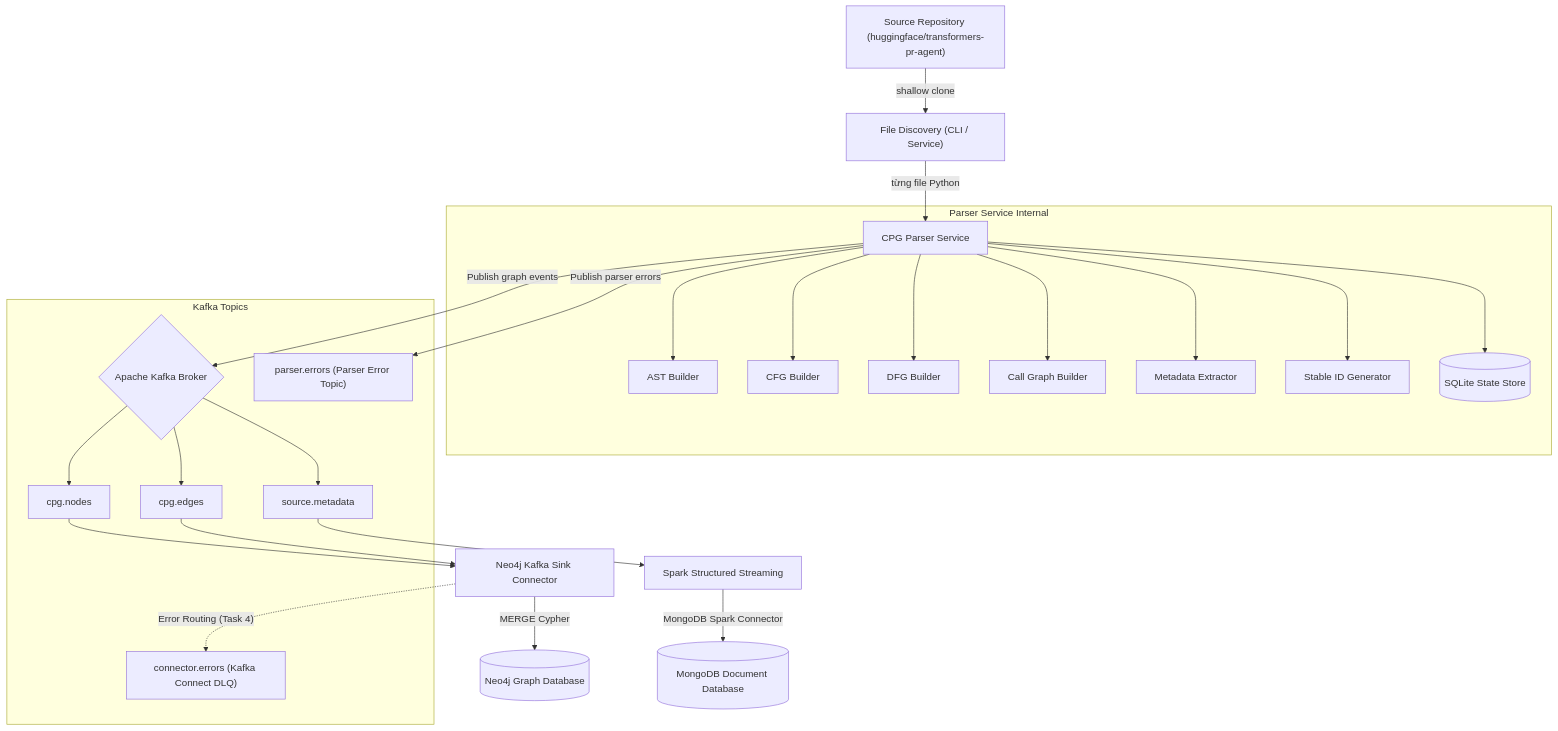
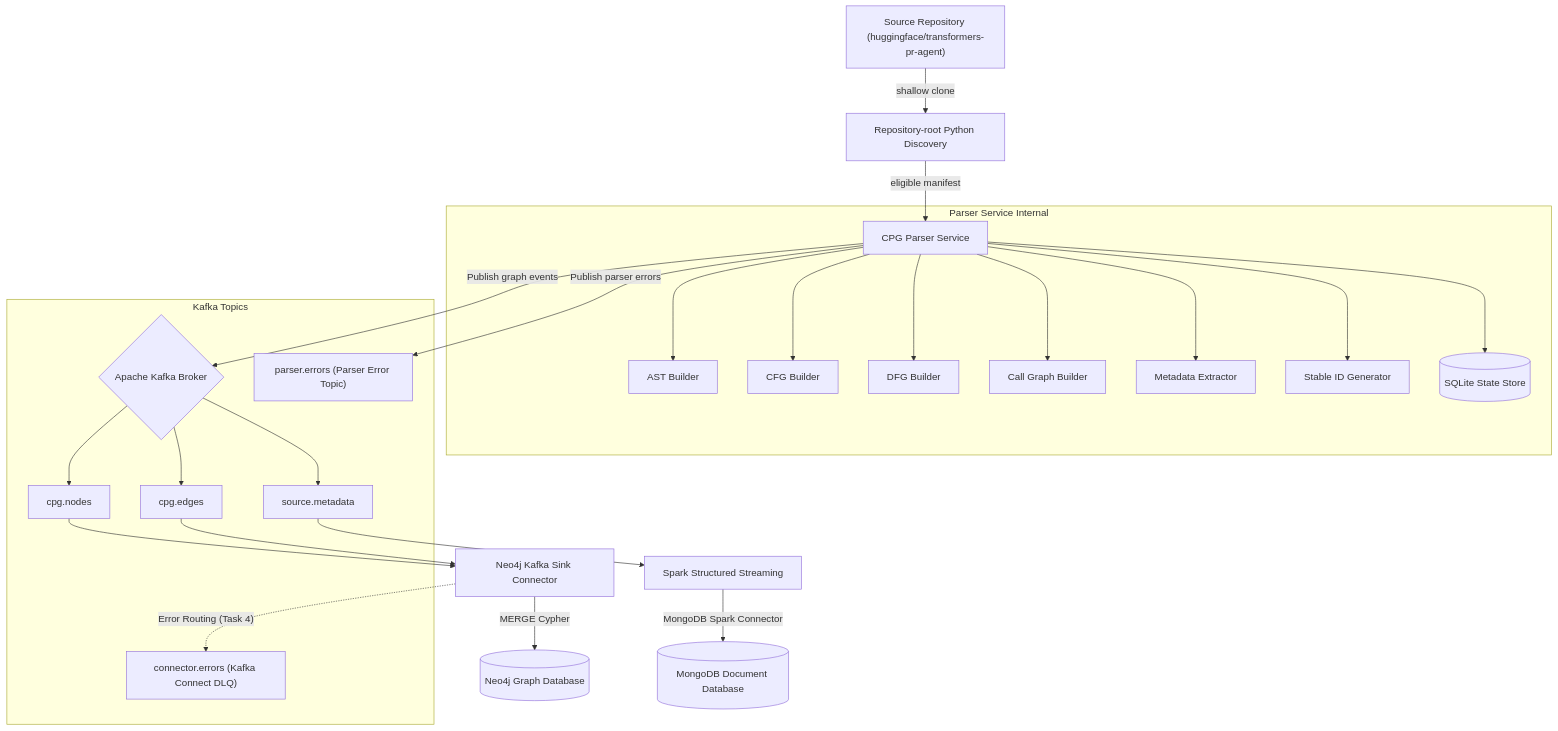
One commit to Hutaph/lab04-cpg-streaming changed the first of 2 diagrams in docs/system_architecture.md. Above: the diagram before and after it, drawn with Mermaid. The commit also changed other lines of this file and 11 other files, not shown here.

````diff
--- a/docs/system_architecture.md
+++ b/docs/system_architecture.md
@@ -43,34 +43,34 @@
 ```mermaid
 graph TD
-    SourceRepo["Source Repository (huggingface/transformers-pr-agent)"] -->|"shallow clone"| FileDiscovery["File Discovery (CLI / Service)"]
-    FileDiscovery -->|"từng file Python"| CpgParser["CPG Parser Service"]
+    SourceRepo["Source Repository (huggingface/transformers-pr-agent)"] -->|"shallow clone"| FileDiscovery["Repository-root Python Discovery"]
+    FileDiscovery -->|"eligible manifest"| CpgParser["CPG Parser Service"]
     
     subgraph Parser Service Internal
         CpgParser --> AST["AST Builder"]
         CpgParser --> CFG["CFG Builder"]
         CpgParser --> DFG["DFG Builder"]
         CpgParser --> Call["Call Graph Builder"]
         CpgParser --> Meta["Metadata Extractor"]
         CpgParser --> StableId["Stable ID Generator"]
         CpgParser --> StateStore[("SQLite State Store")]
     end
     
     CpgParser -->|"Publish graph events"| KafkaBroker{"Apache Kafka Broker"}
     CpgParser -->|"Publish parser errors"| TopicErrors["parser.errors (Parser Error Topic)"]
     
     subgraph Kafka Topics
         KafkaBroker --> TopicNodes["cpg.nodes"]
         KafkaBroker --> TopicEdges["cpg.edges"]
         KafkaBroker --> TopicMetadata["source.metadata"]
         TopicErrors
         TopicConnectorErrors["connector.errors (Kafka Connect DLQ)"]
     end
     
     TopicNodes --> Neo4jSink["Neo4j Kafka Sink Connector"]
     TopicEdges --> Neo4jSink
     Neo4jSink -->|"MERGE Cypher"| Neo4jDb[("Neo4j Graph Database")]
     Neo4jSink -.->|"Error Routing (Task 4)"| TopicConnectorErrors
     
     TopicMetadata --> SparkStreaming["Spark Structured Streaming"]
     SparkStreaming -->|"MongoDB Spark Connector"| MongoDb[("MongoDB Document Database")]
 ```
````
